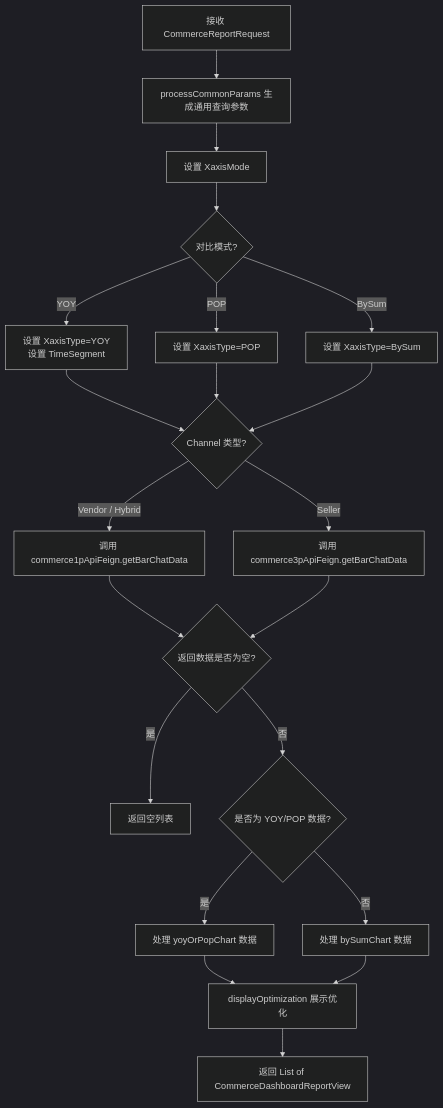
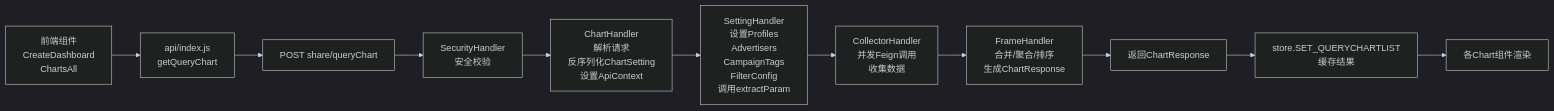
The seventh of 7 diagrams in output/01-core-api.md (suoweiwei-pacvue/document-automation), drawn with Mermaid (dark theme) before and after one commit. The commit also changed other lines of this file and 55 other files, not shown here.

````diff
--- a/output/01-core-api.md
+++ b/output/01-core-api.md
@@ -405,19 +698,13 @@
 ```mermaid
-flowchart TD
-    A[接收 CommerceReportRequest] --> B[processCommonParams 生成通用查询参数]
-    B --> C[设置 XaxisMode]
-    C --> D{对比模式?}
-    D -->|YOY| E[设置 XaxisType=YOY<br/>设置 TimeSegment]
-    D -->|POP| F[设置 XaxisType=POP]
-    D -->|BySum| G[设置 XaxisType=BySum]
-    E & F & G --> H{Channel 类型?}
-    H -->|Vendor / Hybrid| I[调用 commerce1pApiFeign.getBarChatData]
-    H -->|Seller| J[调用 commerce3pApiFeign.getBarChatData]
-    I & J --> K{返回数据是否为空?}
-    K -->|是| L[返回空列表]
-    K -->|否| M{是否为 YOY/POP 数据?}
-    M -->|是| N[处理 yoyOrPopChart 数据]
-    M -->|否| O[处理 bySumChart 数据]
-    N & O --> P[displayOptimization 展示优化]
-    P --> Q[返回 List of CommerceDashboardReportView]
+flowchart LR
+    A[前端组件<br/>CreateDashboard<br/>ChartsAll] --> B[api/index.js<br/>getQueryChart]
+    B --> C[POST share/queryChart]
+    C --> D[SecurityHandler<br/>安全校验]
+    D --> E[ChartHandler<br/>解析请求<br/>反序列化ChartSetting<br/>设置ApiContext]
+    E --> F[SettingHandler<br/>设置Profiles<br/>Advertisers<br/>CampaignTags<br/>FilterConfig<br/>调用extractParam]
+    F --> G[CollectorHandler<br/>并发Feign调用<br/>收集数据]
+    G --> H[FrameHandler<br/>合并/聚合/排序<br/>生成ChartResponse]
+    H --> I[返回ChartResponse]
+    I --> J[store.SET_QUERYCHARTLIST<br/>缓存结果]
+    J --> K[各Chart组件渲染]
 ```
````
